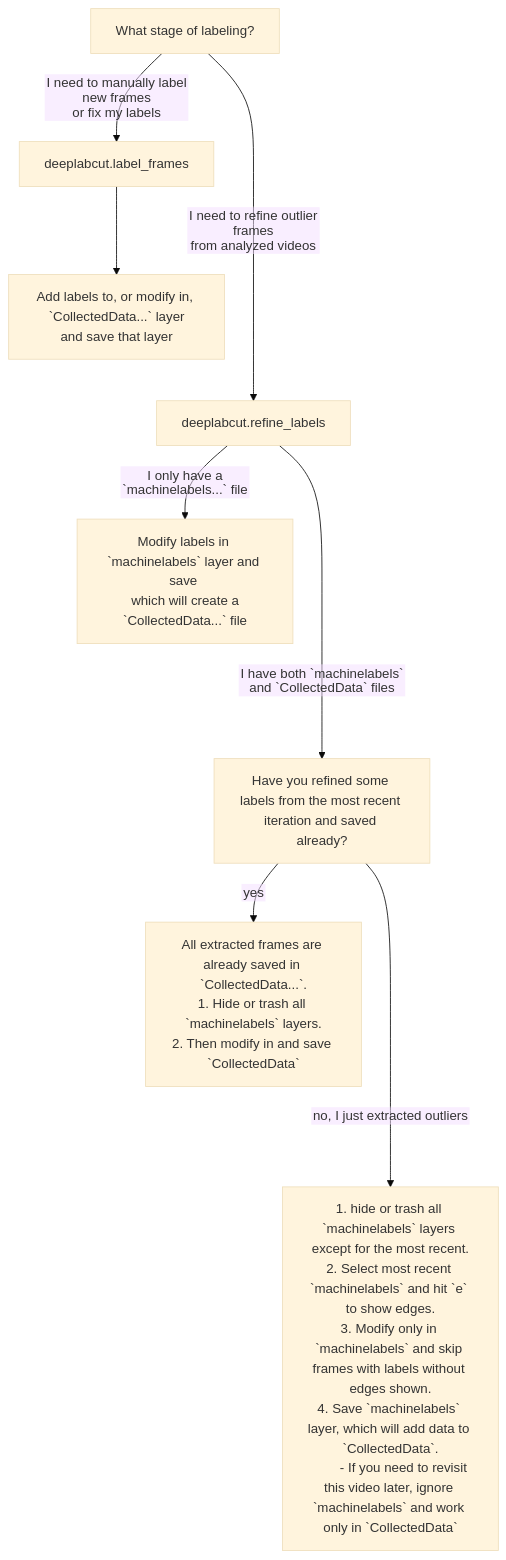
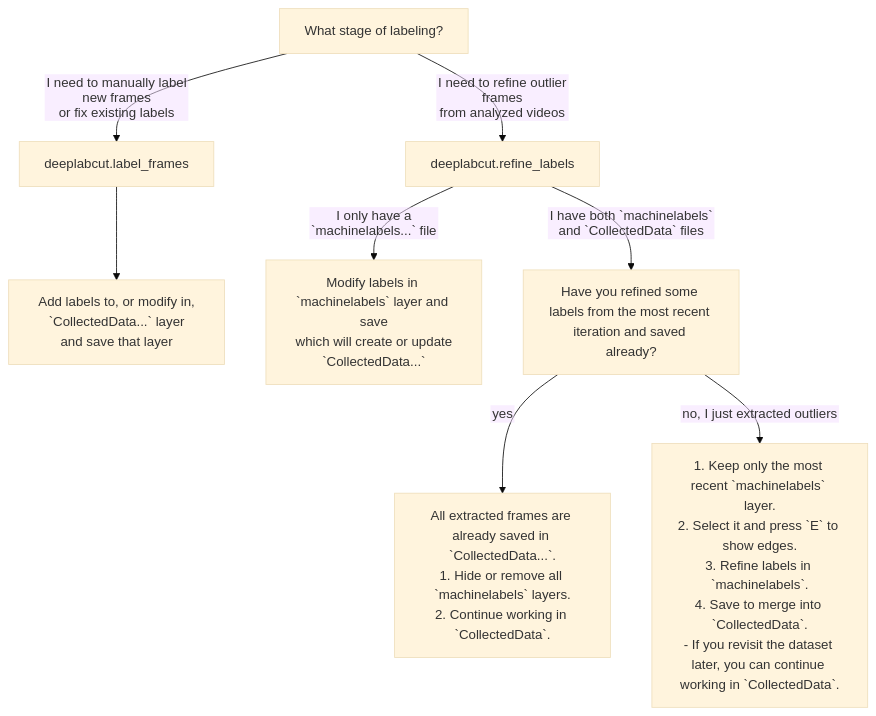
Before and after one commit to DeepLabCut/napari-deeplabcut: the diagram in README.md, drawn with Mermaid (base theme). The commit also changed other lines of this file, not shown here.

````diff
--- a/README.md
+++ b/README.md
@@ -142,27 +225,30 @@
 ```mermaid
 %%{init: {"flowchart": {"htmlLabels": false}} }%%
 graph TD
   id1[What stage of labeling?]
   id2[deeplabcut.label_frames]
   id3[deeplabcut.refine_labels]
-  id4[Add labels to, or modify in, \n `CollectedData...` layer and save that layer]
-  id5[Modify labels in `machinelabels` layer and save \n which will create a `CollectedData...` file]
+  id4[Add labels to, or modify in,
+ `CollectedData...` layer and save that layer]
+  id5[Modify labels in `machinelabels` layer and save
+ which will create or update `CollectedData...`]
   id6[Have you refined some labels from the most recent iteration and saved already?]
   id7["All extracted frames are already saved in `CollectedData...`.
-1. Hide or trash all `machinelabels` layers.
-2. Then modify in and save `CollectedData`"]
-  id8["
-1. hide or trash all `machinelabels` layers except for the most recent.
-2. Select most recent `machinelabels` and hit `e` to show edges.
-3. Modify only in `machinelabels` and skip frames with labels without edges shown.
-4. Save `machinelabels` layer, which will add data to `CollectedData`.
-	- If you need to revisit this video later, ignore `machinelabels` and work only in `CollectedData`"]
+1. Hide or remove all `machinelabels` layers.
+2. Continue working in `CollectedData`."]
+  id8["1. Keep only the most recent `machinelabels` layer.
+2. Select it and press `E` to show edges.
+3. Refine labels in `machinelabels`.
+4. Save to merge into `CollectedData`.
+- If you revisit the dataset later, you can continue working in `CollectedData`."]
 
-  id1 -->|I need to manually label new frames \n or fix my labels|id2
-  id1 ---->|I need to refine outlier frames \nfrom analyzed videos|id3
-  id2 -->id4
+  id1 -->|I need to manually label new frames
+ or fix existing labels|id2
+  id1 -->|I need to refine outlier frames
+ from analyzed videos|id3
+  id2 --> id4
   id3 -->|I only have a `machinelabels...` file|id5
-  id3 ---->|I have both `machinelabels` and `CollectedData` files|id6
+  id3 -->|I have both `machinelabels` and `CollectedData` files|id6
   id6 -->|yes|id7
-  id6 ---->|no, I just extracted outliers|id8
+  id6 -->|no, I just extracted outliers|id8
 ```
````
